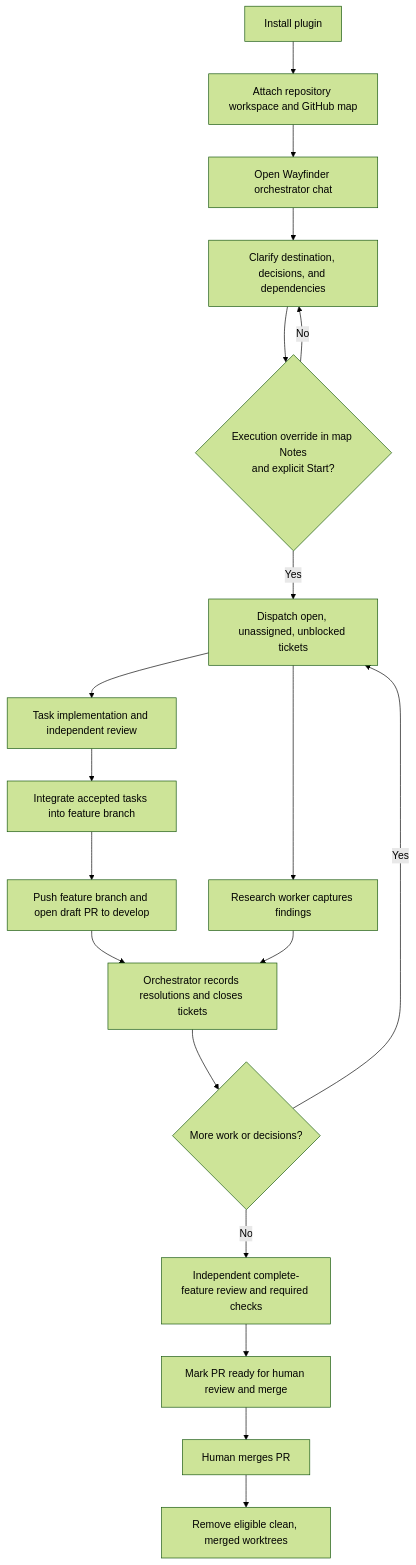
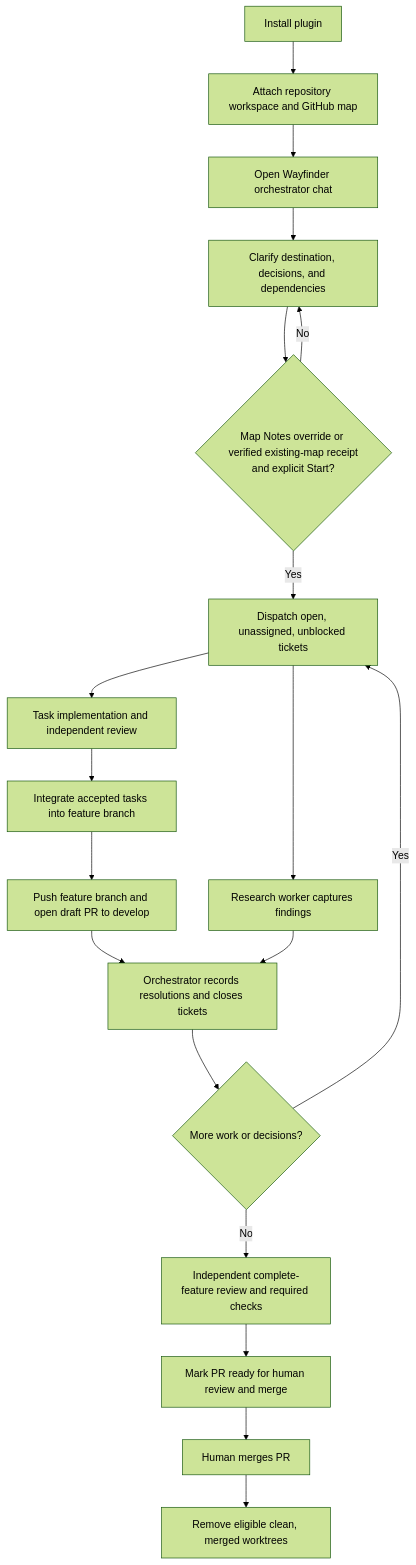
One commit to Quinten1505/wayfinder-herdr changed the first of 4 diagrams in README.md. Above: the diagram before and after it, drawn with Mermaid (forest theme). The commit also changed other lines of this file and 6 other files, not shown here.

Commit message:
Authorize existing maps from verified chat receipt (#37)

````diff
--- a/README.md
+++ b/README.md
@@ -11,21 +11,21 @@
 ```mermaid
 flowchart TD
     Install[Install plugin] --> Attach[Attach repository workspace and GitHub map]
     Attach --> Chat[Open Wayfinder orchestrator chat]
     Chat --> Plan[Clarify destination, decisions, and dependencies]
-    Plan --> Gate{Execution override in map Notes<br/>and explicit Start?}
+    Plan --> Gate{Map Notes override or verified existing-map receipt<br/>and explicit Start?}
     Gate -->|No| Plan
     Gate -->|Yes| Frontier[Dispatch open, unassigned, unblocked tickets]
     Frontier --> Research[Research worker captures findings]
     Frontier --> Work[Task implementation and independent review]
     Work --> Integrate[Integrate accepted tasks into feature branch]
     Integrate --> Draft[Push feature branch and open draft PR to develop]
     Draft --> Resolve[Orchestrator records resolutions and closes tickets]
     Research --> Resolve
     Resolve --> Remaining{More work or decisions?}
     Remaining -->|Yes| Frontier
     Remaining -->|No| Final[Independent complete-feature review and required checks]
     Final --> Ready[Mark PR ready for human review and merge]
     Ready --> Merge[Human merges PR]
     Merge --> Cleanup[Remove eligible clean, merged worktrees]
 ```
````
